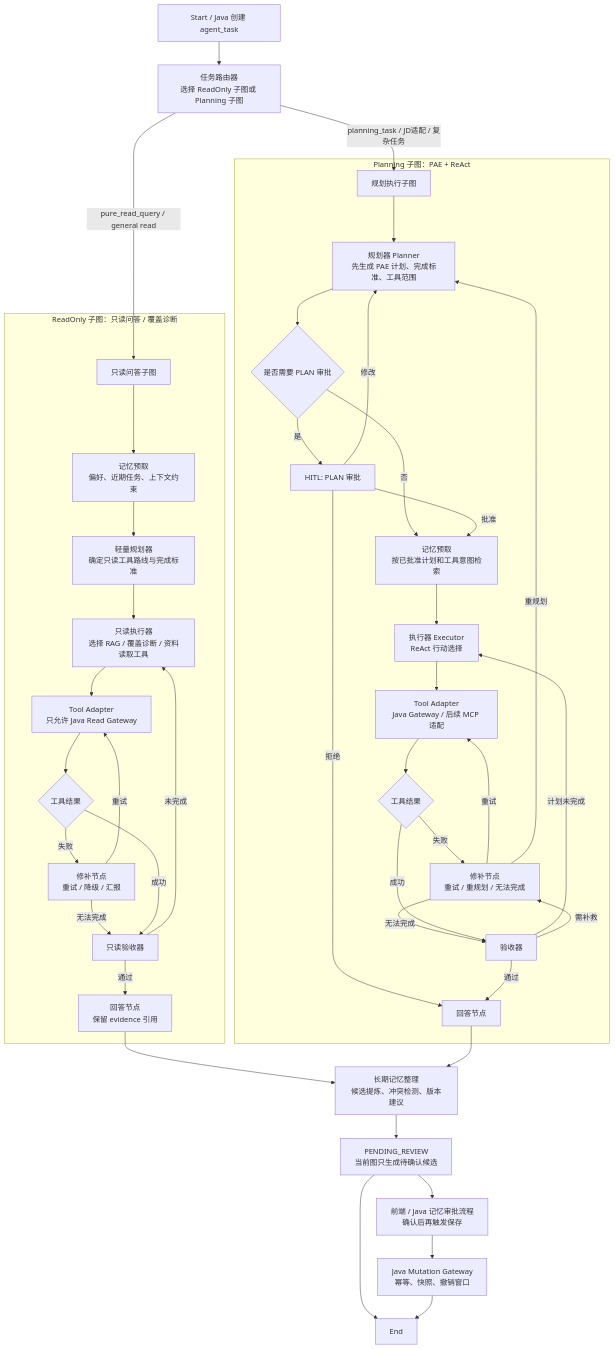
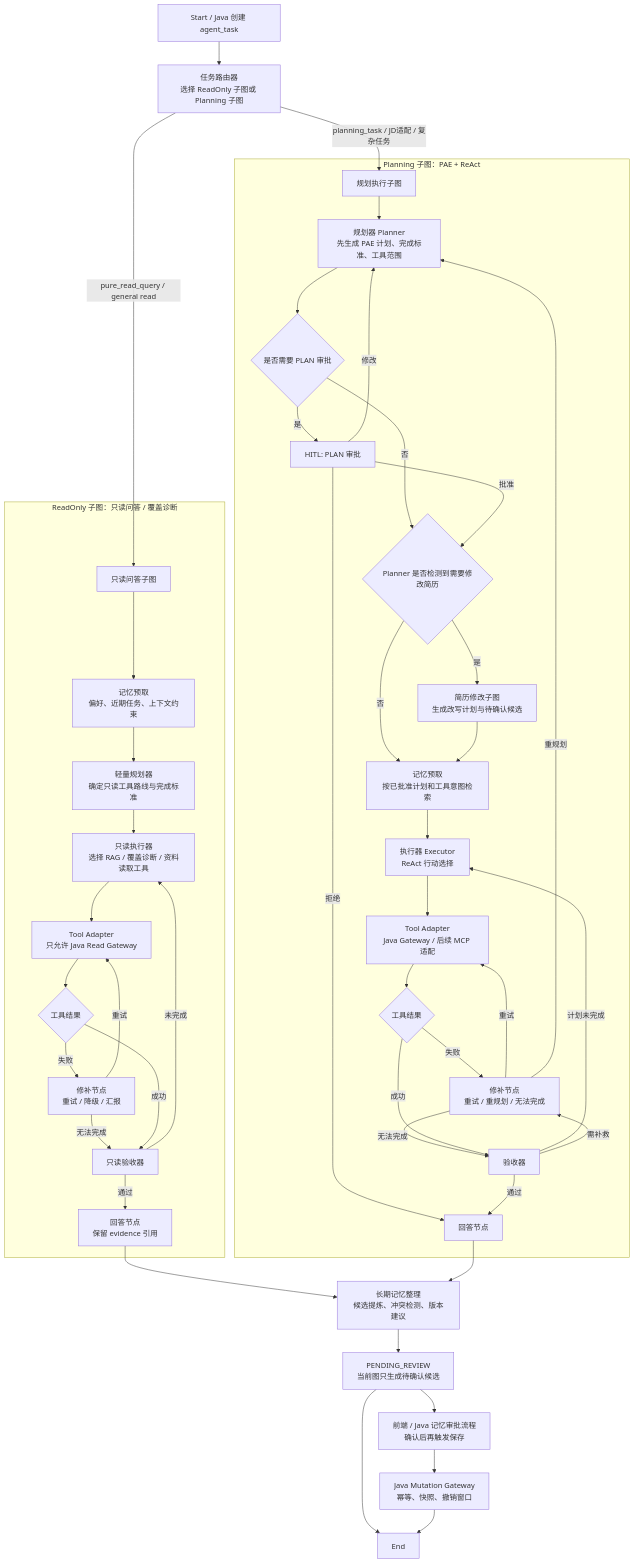
One commit to HeWhenJay/Multimodal-RAG-Agent-Learning-Evidence-Platform changed the sixth of 10 diagrams in README.md. Above: the diagram before and after it, drawn with Mermaid. The commit also changed other lines of this file and 4 other files, not shown here.

Commit message:
feat: 接入 Agent 简历修改子图

````diff
--- a/README.md
+++ b/README.md
@@ -172,49 +172,52 @@
 ```mermaid
 flowchart TD
     START["Start / Java 创建 agent_task"] --> ROUTER["任务路由器<br/>选择 ReadOnly 子图或 Planning 子图"]
     ROUTER -->|"pure_read_query / general read"| R0["只读问答子图"]
     ROUTER -->|"planning_task / JD适配 / 复杂任务"| P0["规划执行子图"]
 
     subgraph READ["ReadOnly 子图：只读问答 / 覆盖诊断"]
       R0 --> RM0["记忆预取<br/>偏好、近期任务、上下文约束"]
       RM0 --> RP["轻量规划器<br/>确定只读工具路线与完成标准"]
       RP --> RE["只读执行器<br/>选择 RAG / 覆盖诊断 / 资料读取工具"]
       RE --> RT["Tool Adapter<br/>只允许 Java Read Gateway"]
       RT --> RR{"工具结果"}
       RR -->|"失败"| RREPAIR["修补节点<br/>重试 / 降级 / 汇报"]
       RREPAIR -->|"重试"| RT
       RREPAIR -->|"无法完成"| RA["只读验收器"]
       RR -->|"成功"| RA
       RA -->|"未完成"| RE
       RA -->|"通过"| RW["回答节点<br/>保留 evidence 引用"]
     end
 
     subgraph PLAN["Planning 子图：PAE + ReAct"]
       P0 --> PL["规划器 Planner<br/>先生成 PAE 计划、完成标准、工具范围"]
       PL --> HPLAN{"是否需要 PLAN 审批"}
       HPLAN -->|"是"| PLAN_REVIEW["HITL: PLAN 审批"]
-      HPLAN -->|"否"| PM1["记忆预取<br/>按已批准计划和工具意图检索"]
-      PLAN_REVIEW -->|"批准"| PM1
+      HPLAN -->|"否"| RWD{"Planner 是否检测到需要修改简历"}
+      PLAN_REVIEW -->|"批准"| RWD
       PLAN_REVIEW -->|"修改"| PL
       PLAN_REVIEW -->|"拒绝"| PAW["回答节点"]
+      RWD -->|"是"| RWS["简历修改子图<br/>生成改写计划与待确认候选"]
+      RWD -->|"否"| PM1["记忆预取<br/>按已批准计划和工具意图检索"]
+      RWS --> PM1
       PM1 --> EXEC["执行器 Executor<br/>ReAct 行动选择"]
       EXEC --> TOOL["Tool Adapter<br/>Java Gateway / 后续 MCP 适配"]
       TOOL --> TR{"工具结果"}
       TR -->|"失败"| REPAIR["修补节点<br/>重试 / 重规划 / 无法完成"]
       REPAIR -->|"重试"| TOOL
       REPAIR -->|"重规划"| PL
       REPAIR -->|"无法完成"| ACCEPT["验收器"]
       TR -->|"成功"| ACCEPT
       ACCEPT -->|"计划未完成"| EXEC
       ACCEPT -->|"需补救"| REPAIR
       ACCEPT -->|"通过"| PAW["回答节点"]
     end
 
     RW --> MEM["长期记忆整理<br/>候选提炼、冲突检测、版本建议"]
     PAW --> MEM
     MEM --> PENDING["PENDING_REVIEW<br/>当前图只生成待确认候选"]
     PENDING --> REVIEW_NOTE["前端 / Java 记忆审批流程<br/>确认后再触发保存"]
     REVIEW_NOTE --> SAVE["Java Mutation Gateway<br/>幂等、快照、撤销窗口"]
     PENDING --> END["End"]
     SAVE --> END
 ```
````
